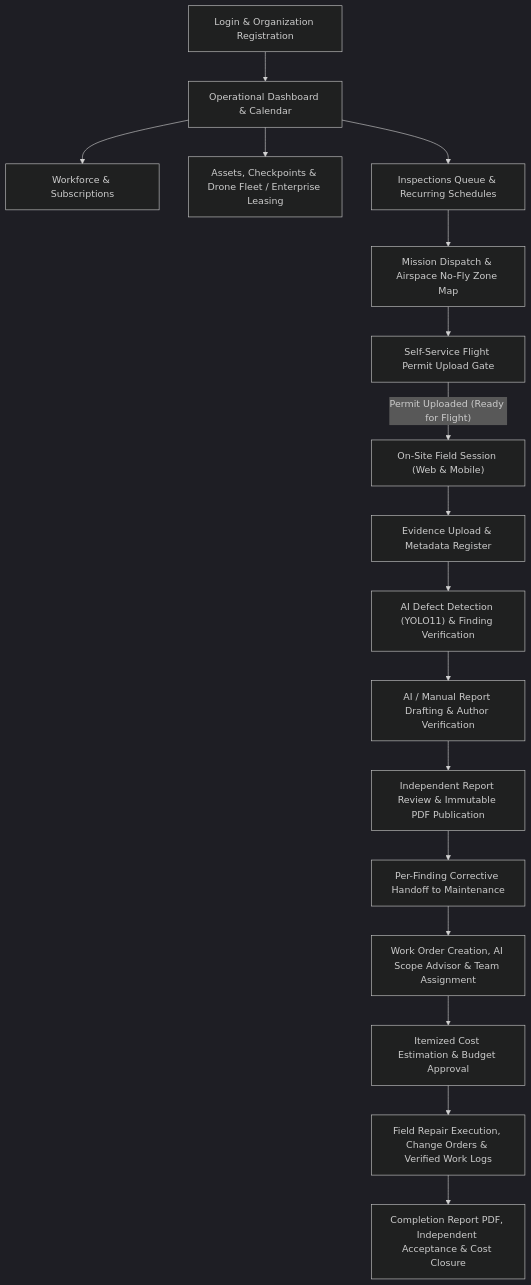
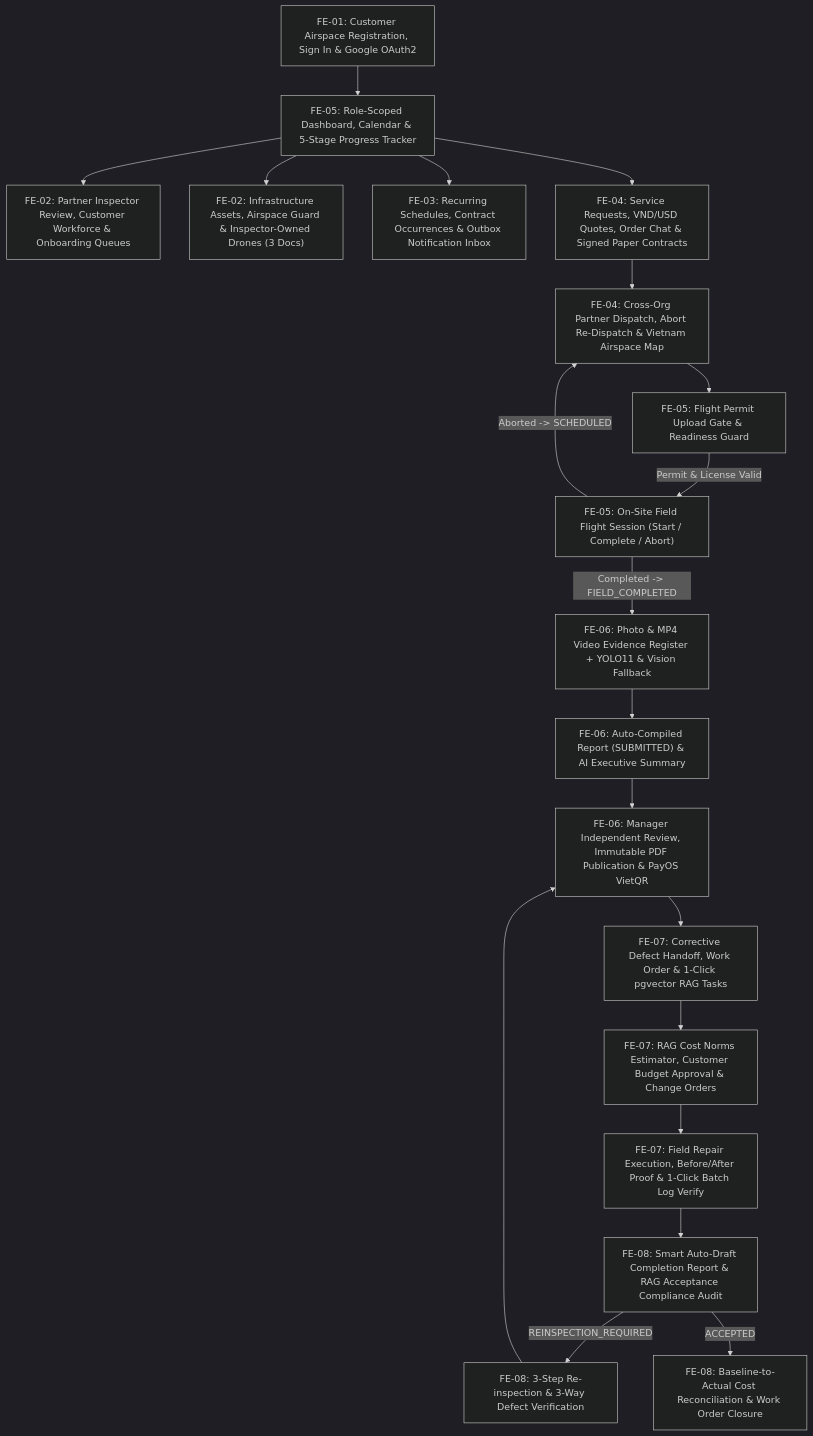
One commit to tungbach12/SmartDroneInspection-Docs changed the first of 18 diagrams in reports/report-3-software-requirement-specification/03-functional-requirements.md. Above: the diagram before and after it, drawn with Mermaid (dark theme). The commit also changed other lines of this file and 245 other files, not shown here.

First line of the commit message:
docs(reports): synchronize all reports, diagrams, and test sheets to 5-role 8-feature baseline

````diff
--- a/reports/report-3-software-requirement-specification/03-functional-requirements.md
+++ b/reports/report-3-software-requirement-specification/03-functional-requirements.md
@@ -16,25 +16,28 @@
 ```mermaid
 %% title: Screens Flow Diagram
 flowchart TD
-  LOGIN["Login & Organization Registration"] --> DASH["Operational Dashboard & Calendar"]
+  LOGIN["FE-01: Customer Airspace Registration, Sign In & Google OAuth2"] --> DASH["FE-05: Role-Scoped Dashboard, Calendar & 5-Stage Progress Tracker"]
 
-  DASH --> WORKFORCE["Workforce & Subscriptions"]
-  DASH --> ASSETS["Assets, Checkpoints & Drone Fleet / Enterprise Leasing"]
-  DASH --> SCHED["Inspections Queue & Recurring Schedules"]
+  DASH --> ONBOARD["FE-02: Partner Inspector Review, Customer Workforce & Onboarding Queues"]
+  DASH --> ASSETS["FE-02: Infrastructure Assets, Airspace Guard & Inspector-Owned Drones (3 Docs)"]
+  DASH --> SCHED["FE-03: Recurring Schedules, Contract Occurrences & Outbox Notification Inbox"]
 
-  SCHED --> DISPATCH["Mission Dispatch & Airspace No-Fly Zone Map"]
-  DISPATCH --> PERMIT["Self-Service Flight Permit Upload Gate"]
-  PERMIT -->|"Permit Uploaded (Ready for Flight)"| FIELD["On-Site Field Session (Web & Mobile)"]
+  DASH --> CONTRACTS["FE-04: Service Requests, VND/USD Quotes, Order Chat & Signed Paper Contracts"]
+  CONTRACTS --> DISPATCH["FE-04: Cross-Org Partner Dispatch, Abort Re-Dispatch & Vietnam Airspace Map"]
+  DISPATCH --> PERMIT["FE-05: Flight Permit Upload Gate & Readiness Guard"]
+  PERMIT -->|"Permit & License Valid"| FIELD["FE-05: On-Site Field Flight Session (Start / Complete / Abort)"]
 
-  FIELD --> EVIDENCE["Evidence Upload & Metadata Register"]
-  EVIDENCE --> YOLO["AI Defect Detection (YOLO11) & Finding Verification"]
-  YOLO --> REPORT_DRAFT["AI / Manual Report Drafting & Author Verification"]
+  FIELD -->|"Aborted -> SCHEDULED"| DISPATCH
+  FIELD -->|"Completed -> FIELD_COMPLETED"| EVIDENCE["FE-06: Photo & MP4 Video Evidence Register + YOLO11 & Vision Fallback"]
+  EVIDENCE --> REPORT_AUTO["FE-06: Auto-Compiled Report (SUBMITTED) & AI Executive Summary"]
 
-  REPORT_DRAFT --> REPORT_REV["Independent Report Review & Immutable PDF Publication"]
-  REPORT_REV --> HANDOFF["Per-Finding Corrective Handoff to Maintenance"]
+  REPORT_AUTO --> REPORT_PUB["FE-06: Manager Independent Review, Immutable PDF Publication & PayOS VietQR"]
+  REPORT_PUB --> WO_PLAN["FE-07: Corrective Defect Handoff, Work Order & 1-Click pgvector RAG Tasks"]
 
-  HANDOFF --> WO_PLAN["Work Order Creation, AI Scope Advisor & Team Assignment"]
-  WO_PLAN --> WO_EST["Itemized Cost Estimation & Budget Approval"]
-  WO_EST --> WO_EXEC["Field Repair Execution, Change Orders & Verified Work Logs"]
-  WO_EXEC --> WO_CLOSE["Completion Report PDF, Independent Acceptance & Cost Closure"]
+  WO_PLAN --> WO_EST["FE-07: RAG Cost Norms Estimator, Customer Budget Approval & Change Orders"]
+  WO_EST --> WO_EXEC["FE-07: Field Repair Execution, Before/After Proof & 1-Click Batch Log Verify"]
+  WO_EXEC --> WO_COMP["FE-08: Smart Auto-Draft Completion Report & RAG Acceptance Compliance Audit"]
+  WO_COMP -->|"REINSPECTION_REQUIRED"| REINSP["FE-08: 3-Step Re-inspection & 3-Way Defect Verification"]
+  REINSP --> REPORT_PUB
+  WO_COMP -->|"ACCEPTED"| WO_CLOSE["FE-08: Baseline-to-Actual Cost Reconciliation & Work Order Closure"]
 ```
````
